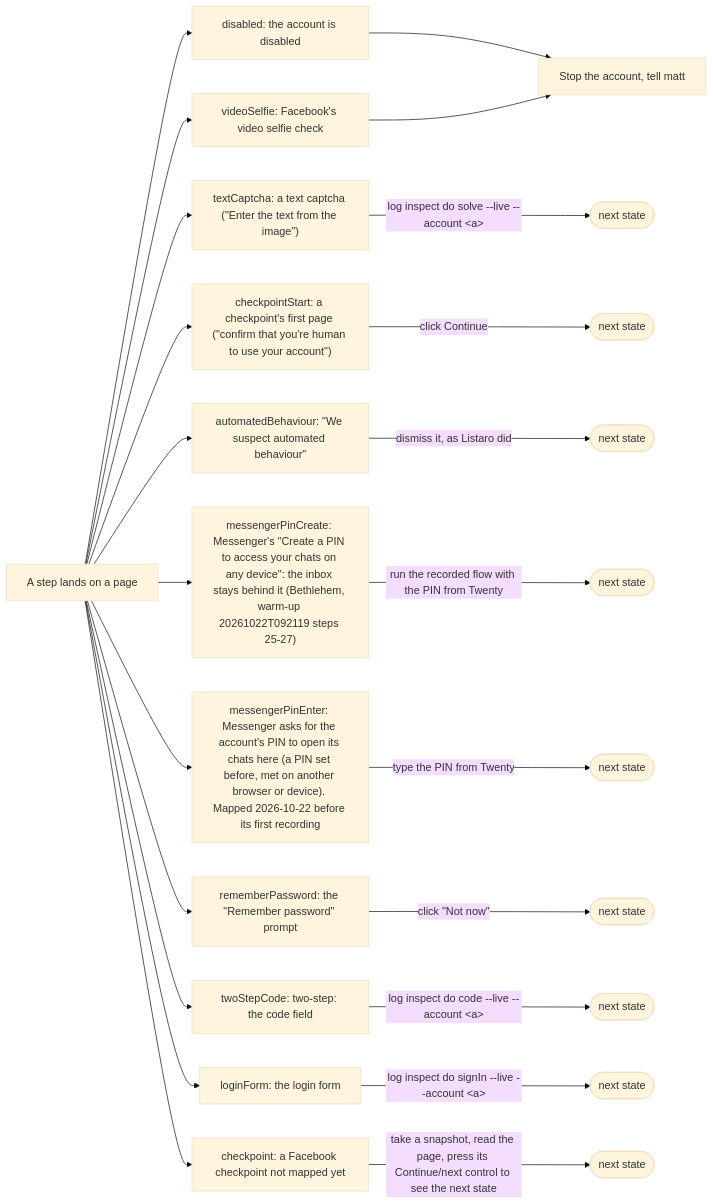
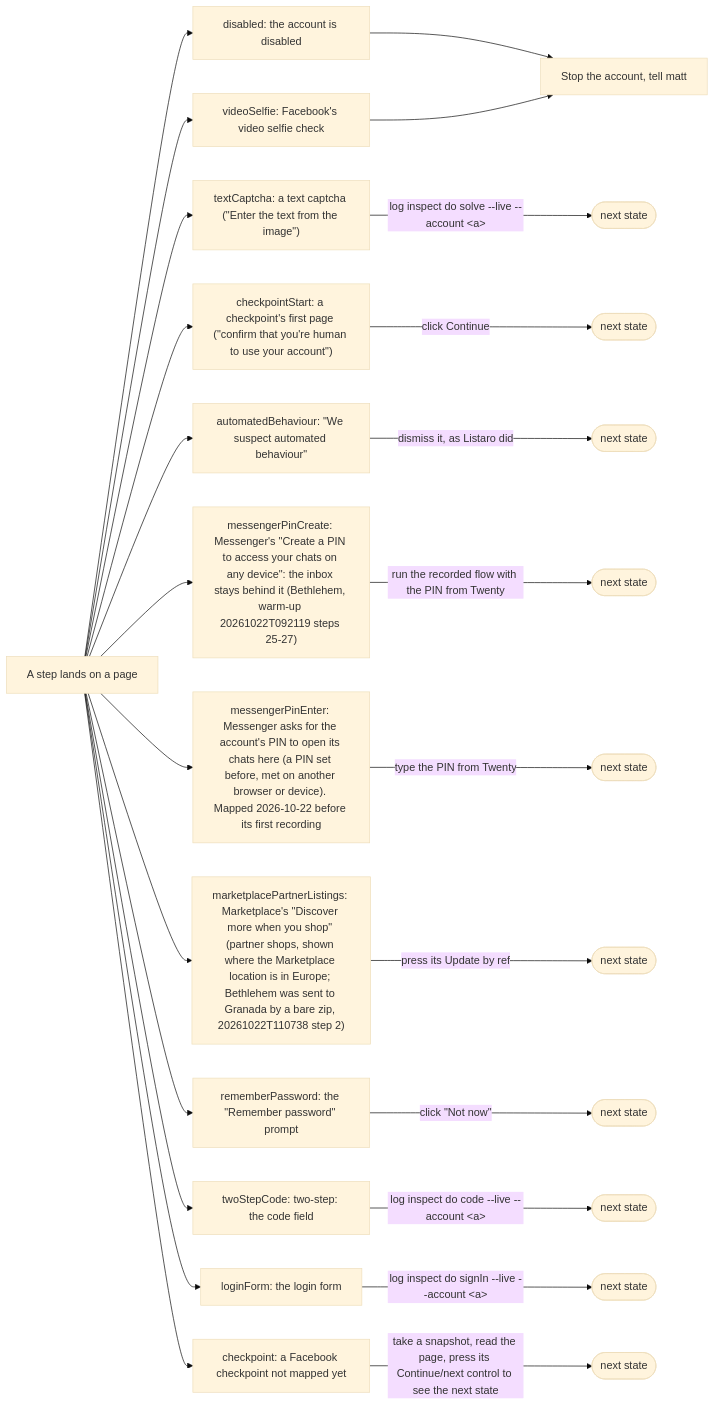
One commit to matthewdonsemail-lab/log changed the diagram in docs/diagrams/pageStates.mmd. Above: the diagram before and after it, drawn with Mermaid (base theme). The commit also changed 74 other files, not shown here.

Commit message:
feat: publish a listing from the open AdsPower browser by the recorded flow; the Marketplace location is City, State written out (rule 68)

```diff
--- a/docs/diagrams/pageStates.mmd
+++ b/docs/diagrams/pageStates.mmd
@@ -1,38 +1,41 @@
 %% Known page states (rule 54). From `PAGE_STATES` (`src/browser/flow/helpers/pageState.ts`), first match wins. The hooks report each with its resolver; only a person's state stops the account.
 %% Written by `bun run docs:build` from the code (rule 56). Not edited by hand.
 flowchart LR
   page["A step lands on a page"]
   person["Stop the account, tell matt"]
   disabled["disabled: the account is disabled"]
   page --> disabled
   disabled --> person
   videoSelfie["videoSelfie: Facebook's video selfie check"]
   page --> videoSelfie
   videoSelfie --> person
   textCaptcha["textCaptcha: a text captcha (#quot;Enter the text from the image#quot;)"]
   page --> textCaptcha
   textCaptcha -->|"log inspect do solve --live --account #lt;a#gt;"| nexttextCaptcha(["next state"])
   checkpointStart["checkpointStart: a checkpoint's first page (#quot;confirm that you're human to use your account#quot;)"]
   page --> checkpointStart
   checkpointStart -->|"click Continue"| nextcheckpointStart(["next state"])
   automatedBehaviour["automatedBehaviour: #quot;We suspect automated behaviour#quot;"]
   page --> automatedBehaviour
   automatedBehaviour -->|"dismiss it, as Listaro did"| nextautomatedBehaviour(["next state"])
   messengerPinCreate["messengerPinCreate: Messenger's #quot;Create a PIN to access your chats on any device#quot;: the inbox stays behind it (Bethlehem, warm-up 20261022T092119 steps 25-27)"]
   page --> messengerPinCreate
   messengerPinCreate -->|"run the recorded flow with the PIN from Twenty"| nextmessengerPinCreate(["next state"])
   messengerPinEnter["messengerPinEnter: Messenger asks for the account's PIN to open its chats here (a PIN set before, met on another browser or device). Mapped 2026-10-22 before its first recording"]
   page --> messengerPinEnter
   messengerPinEnter -->|"type the PIN from Twenty"| nextmessengerPinEnter(["next state"])
+  marketplacePartnerListings["marketplacePartnerListings: Marketplace's #quot;Discover more when you shop#quot; (partner shops, shown where the Marketplace location is in Europe#59; Bethlehem was sent to Granada by a bare zip, 20261022T110738 step 2)"]
+  page --> marketplacePartnerListings
+  marketplacePartnerListings -->|"press its Update by ref"| nextmarketplacePartnerListings(["next state"])
   rememberPassword["rememberPassword: the #quot;Remember password#quot; prompt"]
   page --> rememberPassword
   rememberPassword -->|"click #quot;Not now#quot;"| nextrememberPassword(["next state"])
   twoStepCode["twoStepCode: two-step: the code field"]
   page --> twoStepCode
   twoStepCode -->|"log inspect do code --live --account #lt;a#gt;"| nexttwoStepCode(["next state"])
   loginForm["loginForm: the login form"]
   page --> loginForm
   loginForm -->|"log inspect do signIn --live --account #lt;a#gt;"| nextloginForm(["next state"])
   checkpoint["checkpoint: a Facebook checkpoint not mapped yet"]
   page --> checkpoint
   checkpoint -->|"take a snapshot, read the page, press its Continue/next control to see the next state"| nextcheckpoint(["next state"])
```
